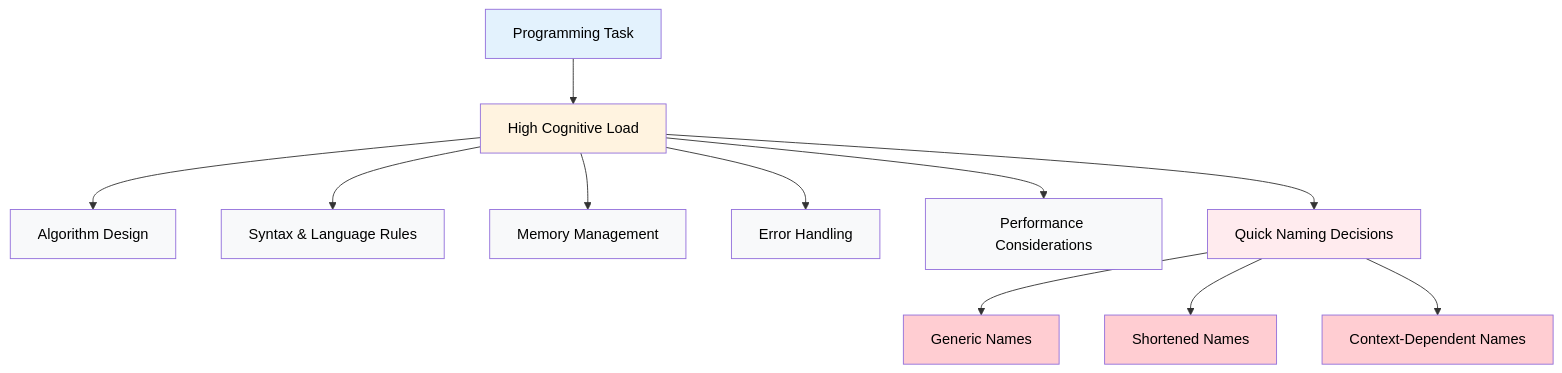
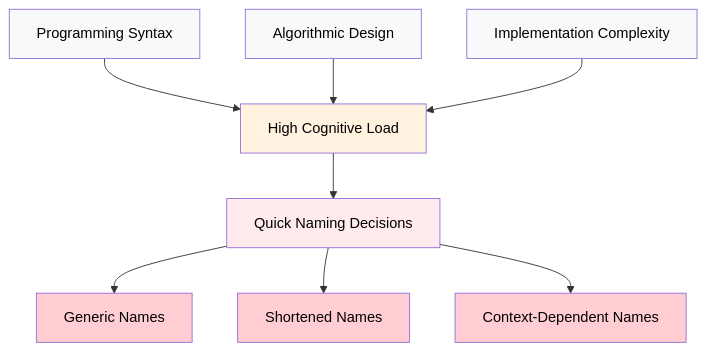
The first of 4 diagrams in index.qmd (IndrajeetPatil/second-hardest-cs-thing), drawn with Mermaid before and after one commit. The commit also changed other lines of this file, not shown here.

Commit message:
improve diagram about load

````diff
--- a/index.qmd
+++ b/index.qmd
@@ -125,28 +125,23 @@
 ```{mermaid}
 %%| eval: true
 %%| echo: false
 flowchart TD
-    A[Programming Task] --> B[High Cognitive Load]
-    B --> C[Algorithm Design]
-    B --> D[Syntax & Language Rules]
-    B --> E[Memory Management]
-    B --> F[Error Handling]
-    B --> G[Performance Considerations]
-    B --> H[Quick Naming Decisions]
+    A[Programming Syntax] --> D[High Cognitive Load]
+    B[Algorithmic Design] --> D
+    C[Implementation Complexity] --> D
     
-    H --> I[Generic Names]
-    H --> J[Shortened Names]  
-    H --> K[Context-Dependent Names]
+    D --> E[Quick Naming Decisions]
     
-    style A fill:#e3f2fd,color:#000
-    style B fill:#fff3e0,color:#000
+    E --> F[Generic Names]
+    E --> G[Shortened Names]  
+    E --> H[Context-Dependent Names]
+    
+    style A fill:#f8f9fa,color:#000
+    style B fill:#f8f9fa,color:#000
     style C fill:#f8f9fa,color:#000
-    style D fill:#f8f9fa,color:#000
-    style E fill:#f8f9fa,color:#000
-    style F fill:#f8f9fa,color:#000
-    style G fill:#f8f9fa,color:#000
-    style H fill:#ffebee,color:#000
-    style I fill:#ffcdd2,color:#000
-    style J fill:#ffcdd2,color:#000
-    style K fill:#ffcdd2,color:#000
+    style D fill:#fff3e0,color:#000
+    style E fill:#ffebee,color:#000
+    style F fill:#ffcdd2,color:#000
+    style G fill:#ffcdd2,color:#000
+    style H fill:#ffcdd2,color:#000
 ```
````
